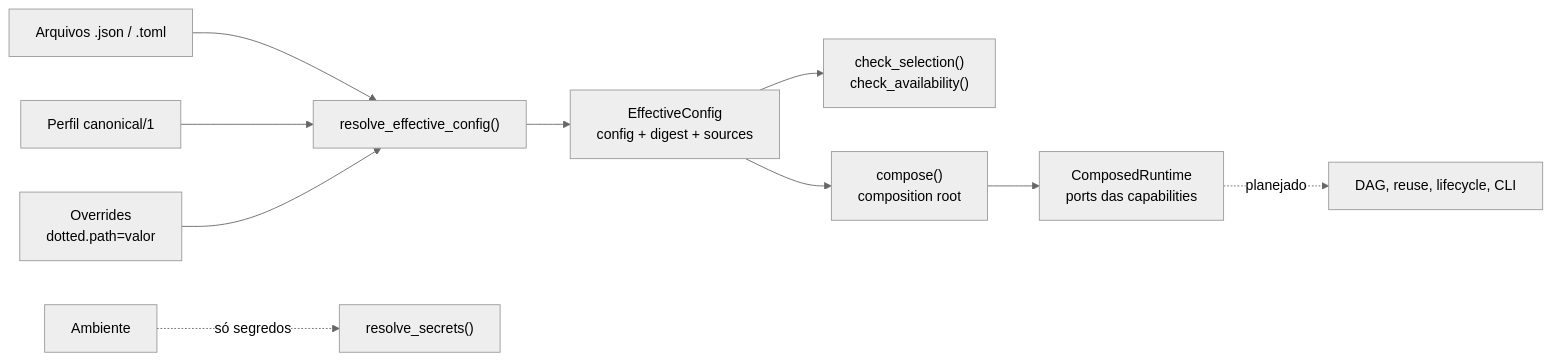
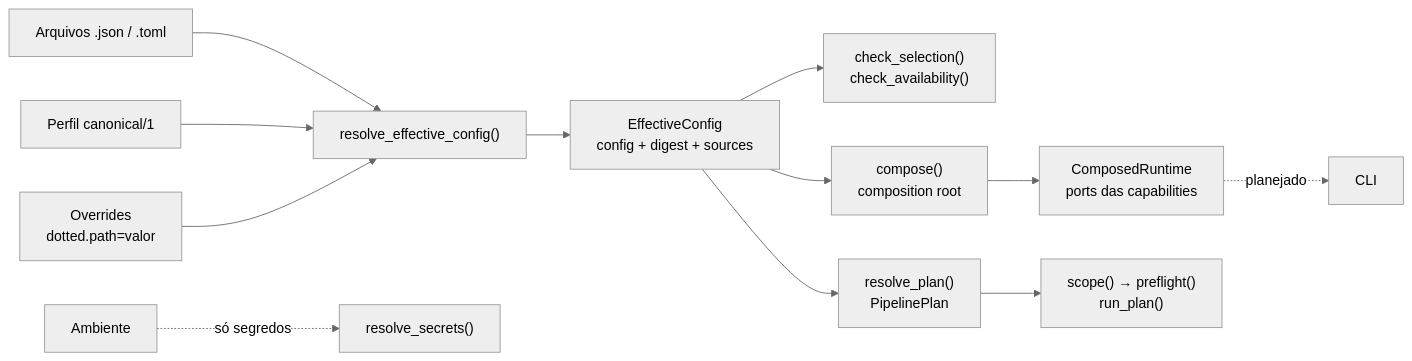
Before and after one commit to Alexandre-Tortoza/contextmap2: the diagram in src/contextmap/runtime/docs/README.md, drawn with Mermaid (neutral theme). The commit also changed other lines of this file and 11 other files, not shown here.

````diff
--- a/src/contextmap/runtime/docs/README.md
+++ b/src/contextmap/runtime/docs/README.md
@@ -7,12 +7,14 @@
 ```mermaid
 flowchart LR
     FILES["Arquivos .json / .toml"] --> RES["resolve_effective_config()"]
     PROFILE["Perfil canonical/1"] --> RES
     OVR["Overrides<br/>dotted.path=valor"] --> RES
     RES --> EFF["EffectiveConfig<br/>config + digest + sources"]
     EFF --> CHK["check_selection()<br/>check_availability()"]
     ENV["Ambiente"] -. só segredos .-> SEC["resolve_secrets()"]
     EFF --> COMP["compose()<br/>composition root"]
     COMP --> IMPL["ComposedRuntime<br/>ports das capabilities"]
-    IMPL -. planejado .-> DAG["DAG, reuse, lifecycle, CLI"]
+    EFF --> PLAN["resolve_plan()<br/>PipelinePlan"]
+    PLAN --> SCOPE["scope() → preflight()<br/>run_plan()"]
+    IMPL -. planejado .-> CLI["CLI"]
 ```
````
